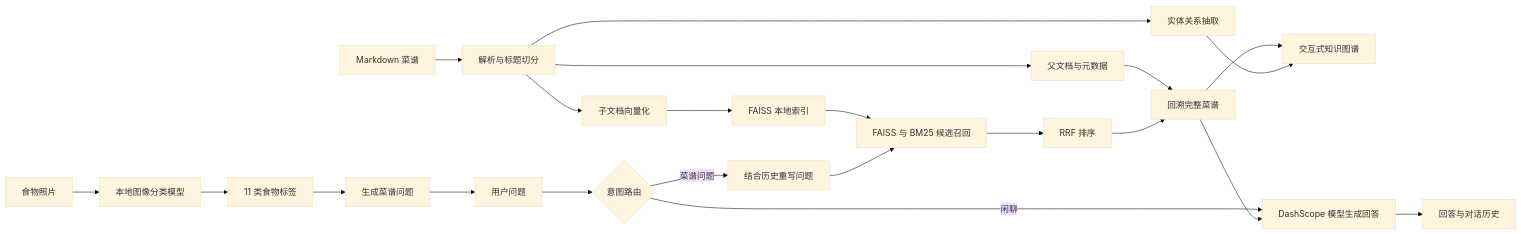
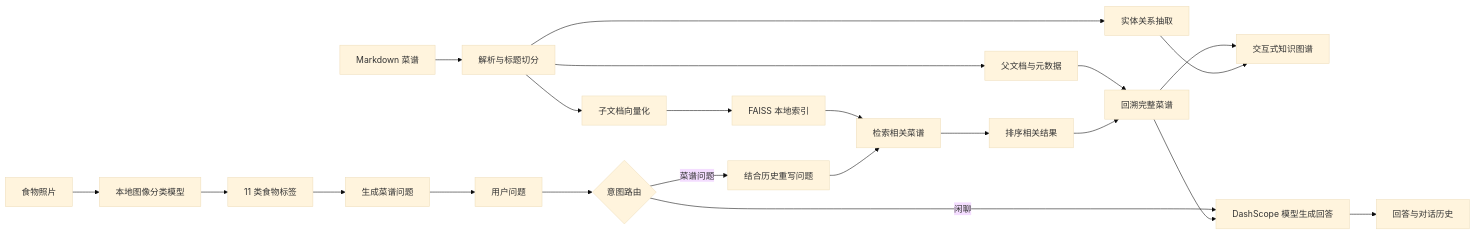
Before and after one commit to shimotsuki-haruka/ChefGPT: the diagram in README.md, drawn with Mermaid (base theme). The commit also changed other lines of this file, not shown here.

```diff
--- a/README.md
+++ b/README.md
@@ -52,25 +52,25 @@
 ~~~mermaid
 flowchart LR
     A[Markdown 菜谱] --> B[解析与标题切分]
     B --> C[子文档向量化]
     C --> D[FAISS 本地索引]
     B --> E[父文档与元数据]
     B --> K[实体关系抽取]
     K --> H[交互式知识图谱]
 
     I[食物照片] --> M[本地图像分类模型]
     M --> N[11 类食物标签]
     N --> J[生成菜谱问题]
     J --> Q
     Q[用户问题] --> R{意图路由}
     R -->|菜谱问题| W[结合历史重写问题]
-    W --> S[FAISS 与 BM25 候选召回]
+    W --> S[检索相关菜谱]
     D --> S
-    S --> T[RRF 排序]
+    S --> T[排序相关结果]
     T --> P[回溯完整菜谱]
     E --> P
     P --> L[DashScope 模型生成回答]
     R -->|闲聊| L
     L --> O[回答与对话历史]
     P --> H
 ~~~
```
